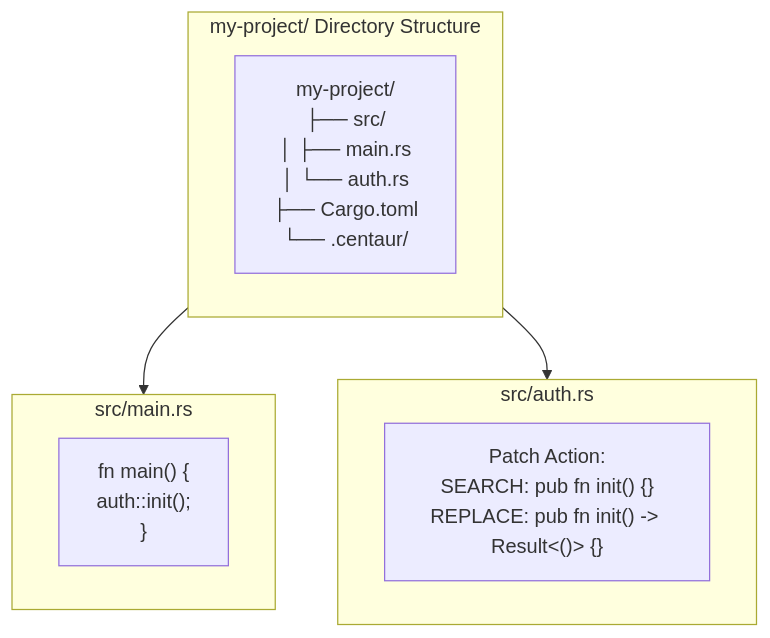
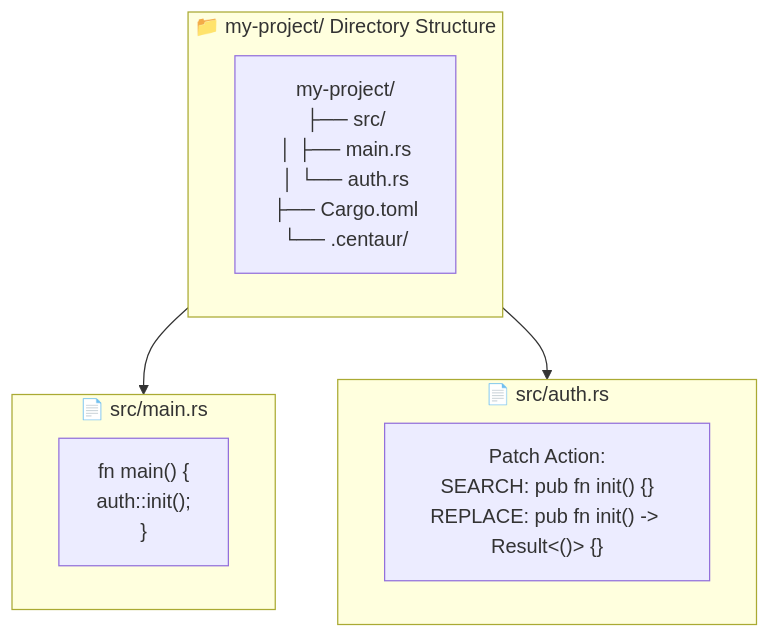
One commit to DevT02/centaur changed the diagram in README.md. Above: the diagram before and after it, drawn with Mermaid. The commit also changed other lines of this file, not shown here.

Commit message:
docs: add clean category icons to GitHub-compatible Mermaid diagrams

````diff
--- a/README.md
+++ b/README.md
@@ -72,17 +72,17 @@
 ```mermaid
 flowchart TD
-    subgraph RepoTree ["my-project/ Directory Structure"]
+    subgraph RepoTree ["📁 my-project/ Directory Structure"]
         Dir["my-project/\n├── src/\n│   ├── main.rs\n│   └── auth.rs\n├── Cargo.toml\n└── .centaur/"]
     end
 
-    subgraph File1 ["src/main.rs"]
+    subgraph File1 ["📄 src/main.rs"]
         Content1["fn main() {\n    auth::init();\n}"]
     end
 
-    subgraph File2 ["src/auth.rs"]
+    subgraph File2 ["📄 src/auth.rs"]
         Content2["Patch Action:\nSEARCH: pub fn init() {}\nREPLACE: pub fn init() -> Result<()> {}"]
     end
 
     RepoTree --> File1
     RepoTree --> File2
 ```
````
